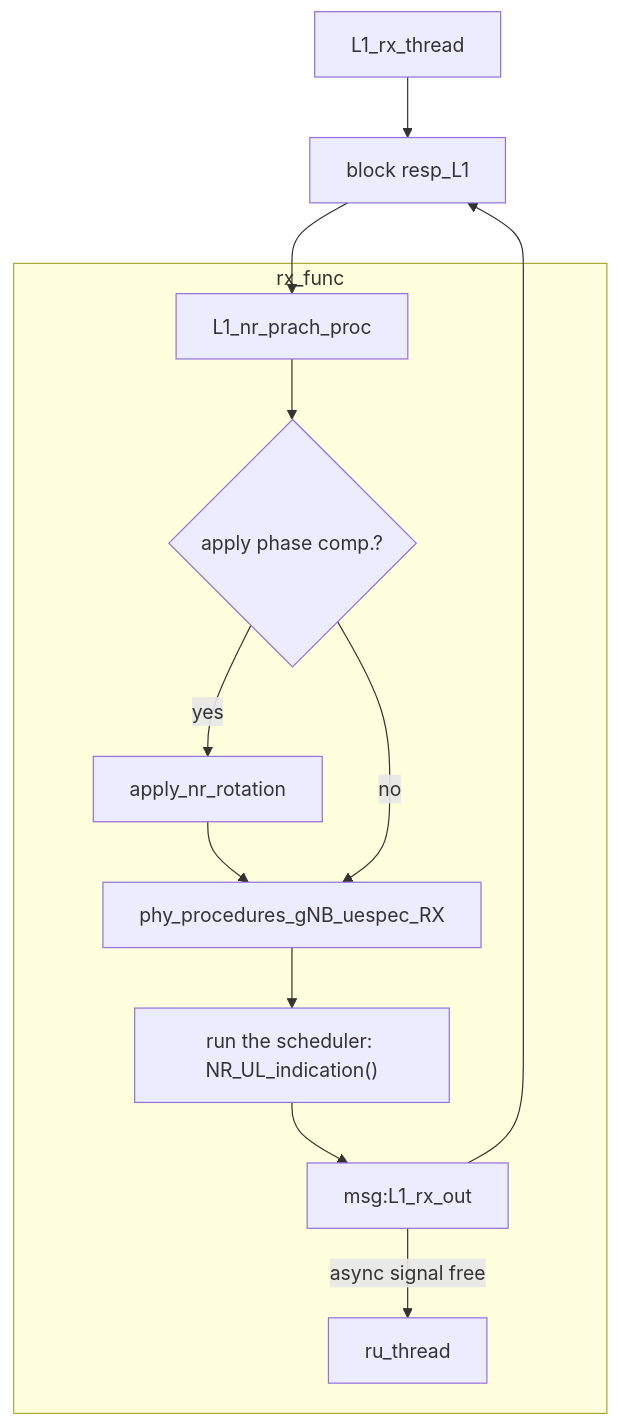
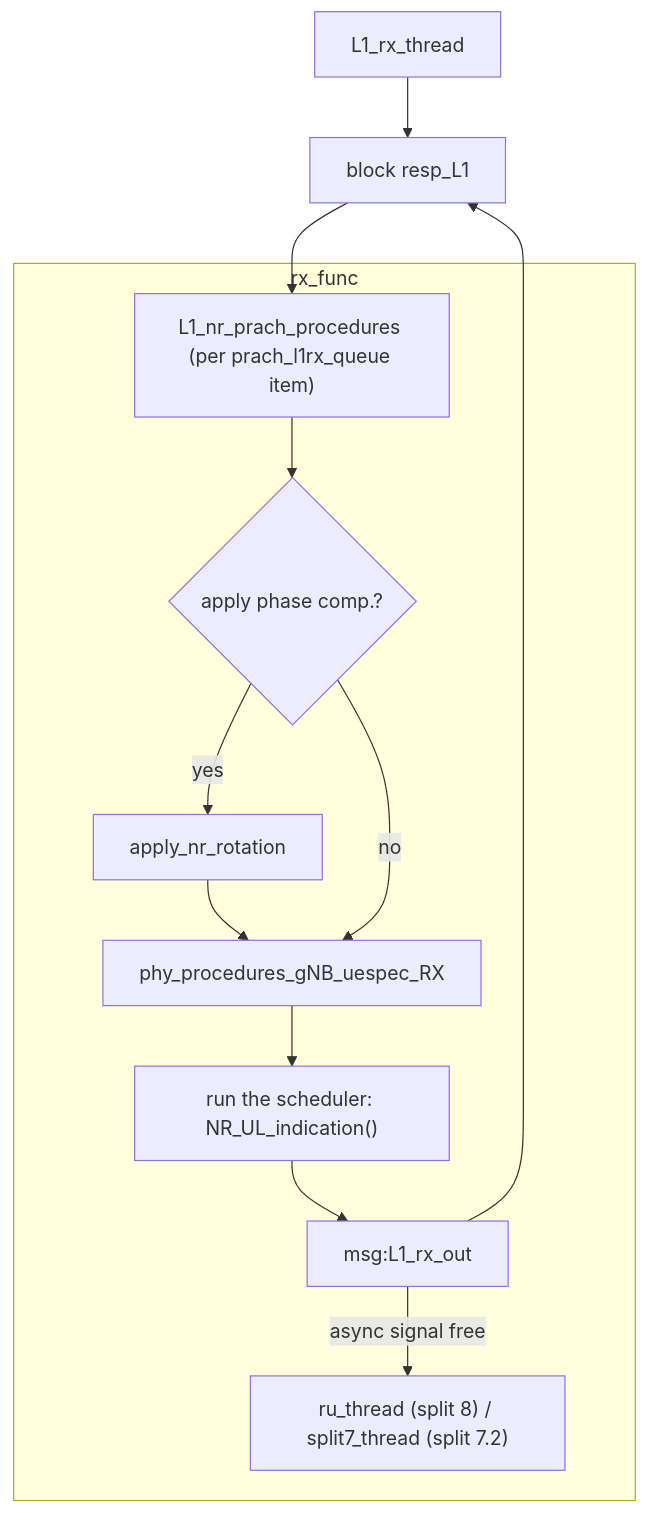
Before and after one commit to duranta-project/openairinterface5g: the fifth of 5 diagrams in doc/SW-archi-graph.md, drawn with Mermaid. The commit also changed other lines of this file and 1 other file, not shown here.

First line of the commit message:
doc: describe the L1 and split 8/7.2 in SW architecture docs

````diff
--- a/doc/SW-archi-graph.md
+++ b/doc/SW-archi-graph.md
@@ -58,15 +195,15 @@
 ```mermaid
 flowchart TB
-    L1_rx_thread --> RX_in[block resp_L1] --> L1_nr_prach_proc
+    L1_rx_thread --> RX_in[block resp_L1] --> L1_nr_prach_procedures
 
     subgraph rx_func
 
-        L1_nr_prach_proc --> phase_comp{apply phase comp.?}
+        L1_nr_prach_procedures["L1_nr_prach_procedures (per prach_l1rx_queue item)"] --> phase_comp{apply phase comp.?}
         phase_comp -- yes --> apply_nr_rotation --> phy_procedures_gNB_uespec_RX
         phase_comp -- no --> phy_procedures_gNB_uespec_RX
         phy_procedures_gNB_uespec_RX --> NR_ul_indication --> msg:L1_rx_out
         NR_ul_indication["run the scheduler: NR_UL_indication()"]
-        msg:L1_rx_out -- async signal free --> ru_thread
+        msg:L1_rx_out -- async signal free --> FH["ru_thread (split 8) / split7_thread (split 7.2)"]
     end
     msg:L1_rx_out --> RX_in
 ```
````
